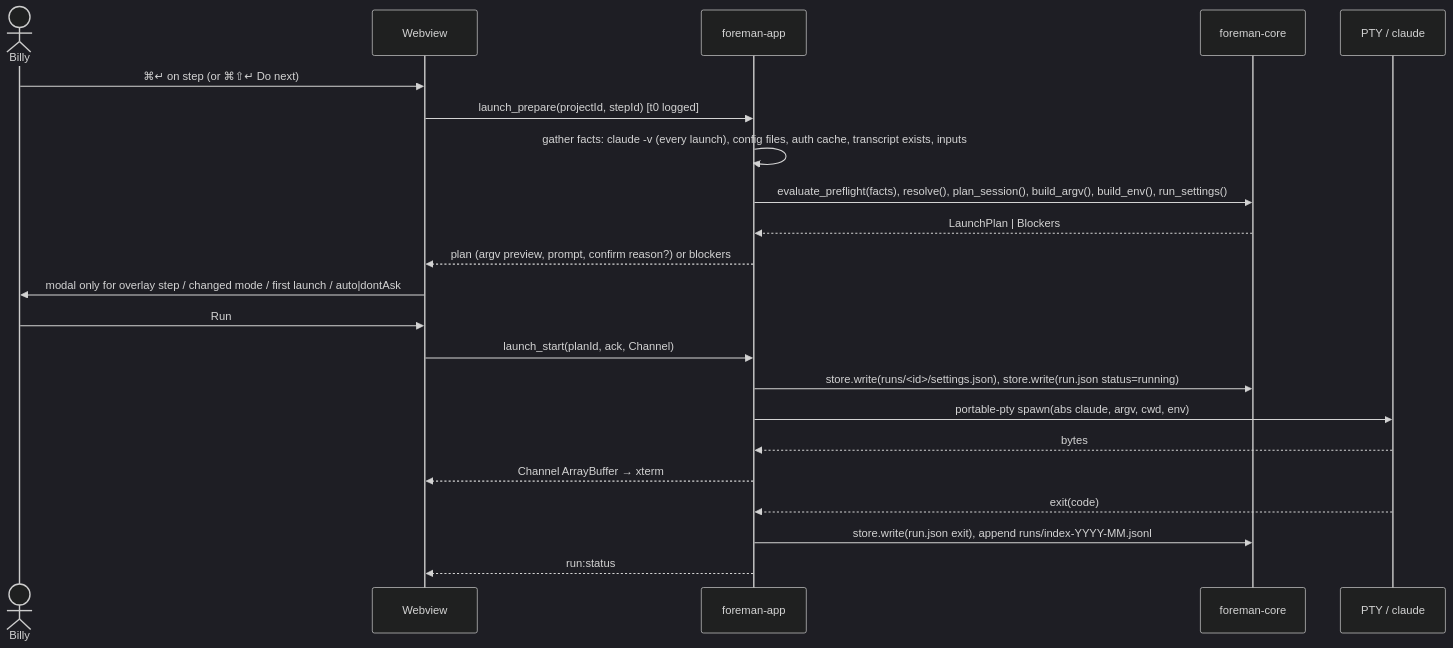
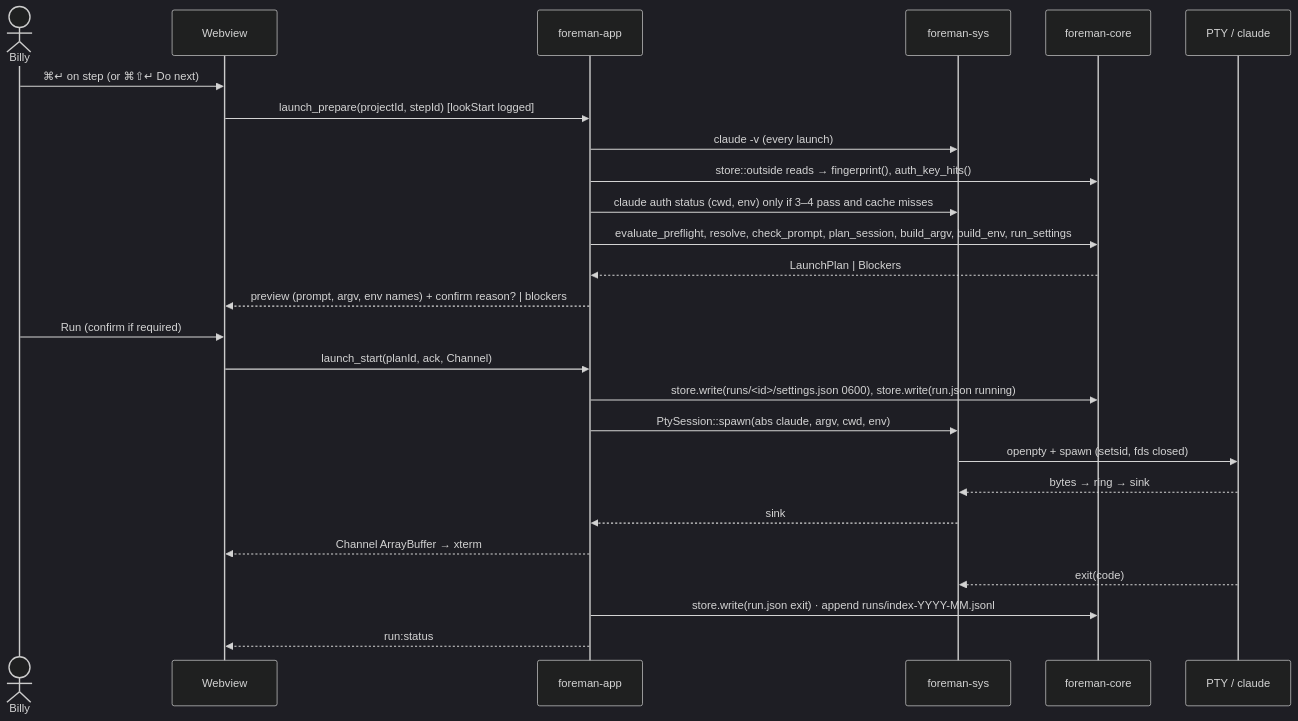
The second of 2 diagrams in docs/design-doc.md (billyribeiro-ux/engine-assist), drawn with Mermaid (dark theme) before and after one commit. The commit also changed other lines of this file and 5 other files, not shown here.

````diff
--- a/docs/design-doc.md
+++ b/docs/design-doc.md
@@ -355,24 +364,28 @@
 ```mermaid
 sequenceDiagram
   actor B as Billy
   participant UI as Webview
   participant A as foreman-app
+  participant S as foreman-sys
   participant C as foreman-core
   participant P as PTY / claude
   B->>UI: ⌘↵ on step (or ⌘⇧↵ Do next)
-  UI->>A: launch_prepare(projectId, stepId) [t0 logged]
-  A->>A: gather facts: claude -v (every launch), config files, auth cache, transcript exists, inputs
-  A->>C: evaluate_preflight(facts), resolve(), plan_session(), build_argv(), build_env(), run_settings()
+  UI->>A: launch_prepare(projectId, stepId) [lookStart logged]
+  A->>S: claude -v (every launch)
+  A->>C: store::outside reads → fingerprint(), auth_key_hits()
+  A->>S: claude auth status (cwd, env) only if 3–4 pass and cache misses
+  A->>C: evaluate_preflight, resolve, check_prompt, plan_session, build_argv, build_env, run_settings
   C-->>A: LaunchPlan | Blockers
-  A-->>UI: plan (argv preview, prompt, confirm reason?) or blockers
-  UI->>B: modal only for overlay step / changed mode / first launch / auto|dontAsk
-  B->>UI: Run
+  A-->>UI: preview (prompt, argv, env names) + confirm reason? | blockers
+  B->>UI: Run (confirm if required)
   UI->>A: launch_start(planId, ack, Channel)
-  A->>C: store.write(runs/<id>/settings.json), store.write(run.json status=running)
-  A->>P: portable-pty spawn(abs claude, argv, cwd, env)
-  P-->>A: bytes
+  A->>C: store.write(runs/<id>/settings.json 0600), store.write(run.json running)
+  A->>S: PtySession::spawn(abs claude, argv, cwd, env)
+  S->>P: openpty + spawn (setsid, fds closed)
+  P-->>S: bytes → ring → sink
+  S-->>A: sink
   A-->>UI: Channel ArrayBuffer → xterm
-  P-->>A: exit(code)
-  A->>C: store.write(run.json exit), append runs/index-YYYY-MM.jsonl
+  P-->>S: exit(code)
+  A->>C: store.write(run.json exit) · append runs/index-YYYY-MM.jsonl
   A-->>UI: run:status
 ```
````
